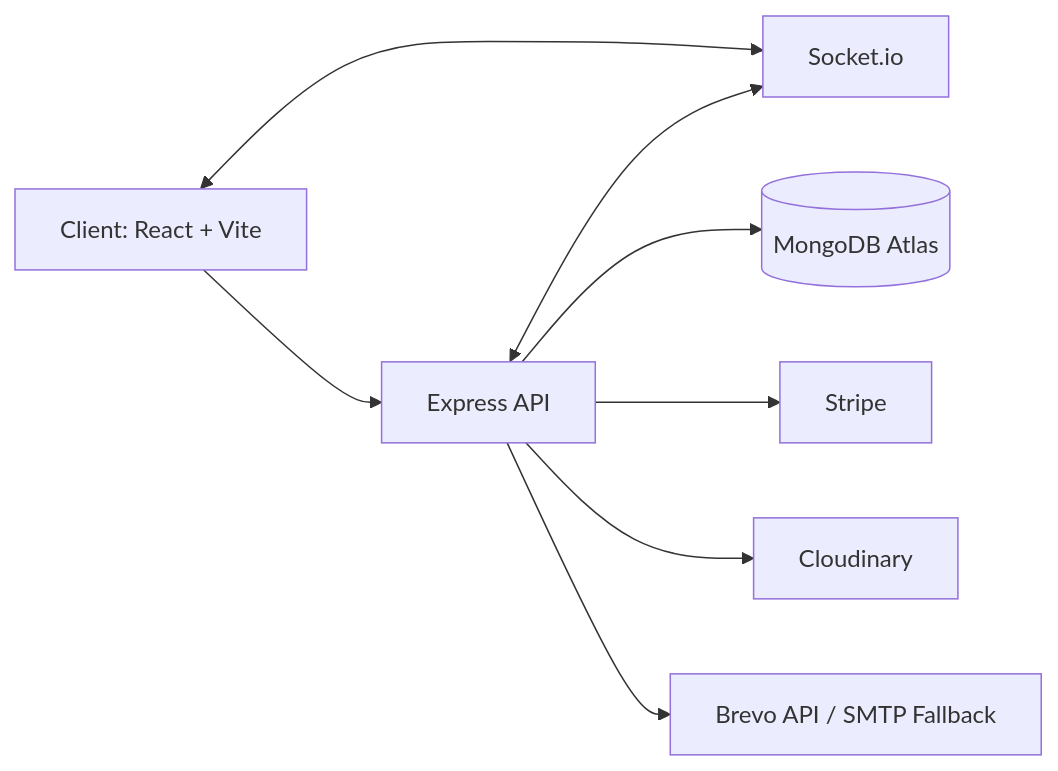
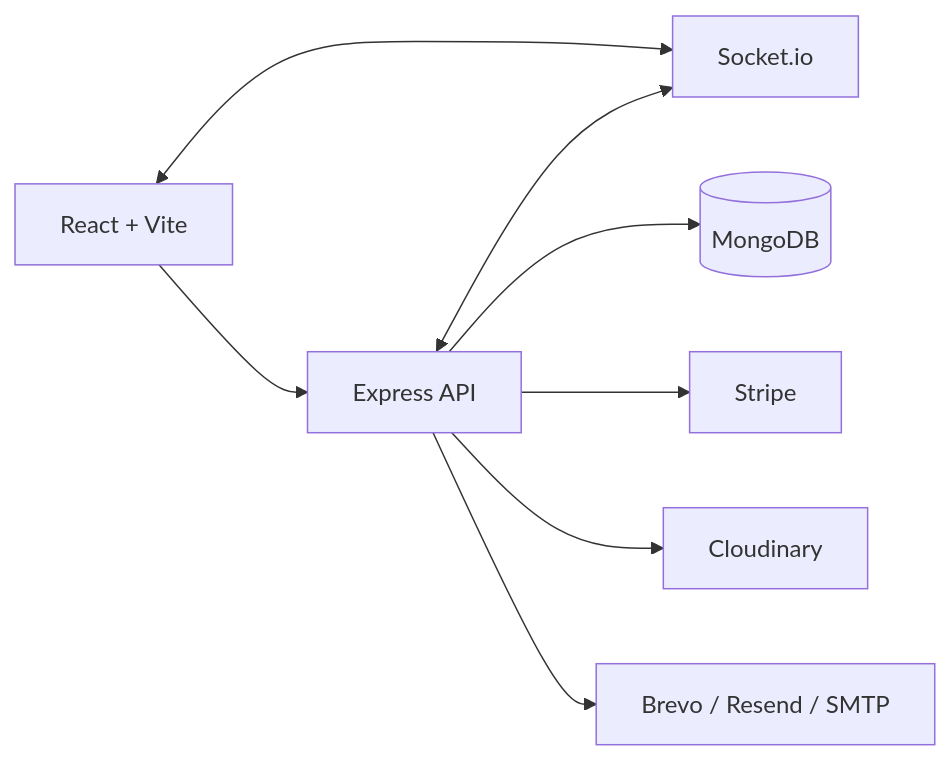
The diagram in README.md (smri29/BidPulse), drawn with Mermaid before and after one commit. The commit also changed other lines of this file, not shown here.

````diff
--- a/README.md
+++ b/README.md
@@ -110,10 +42,10 @@
 ```mermaid
 flowchart LR
-  C[Client: React + Vite] --> API[Express API]
+  C[React + Vite] --> API[Express API]
   C <--> WS[Socket.io]
   API <--> WS
-  API --> DB[(MongoDB Atlas)]
+  API --> DB[(MongoDB)]
   API --> STRIPE[Stripe]
   API --> CLOUD[Cloudinary]
-  API --> MAIL[Brevo API / SMTP Fallback]
+  API --> MAIL[Brevo / Resend / SMTP]
 ```
````
